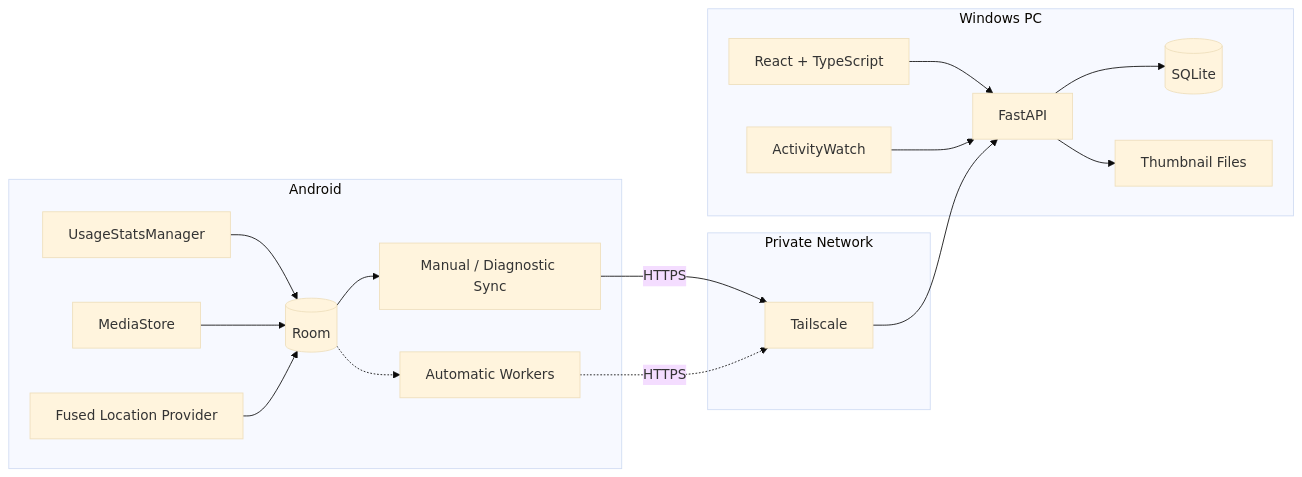
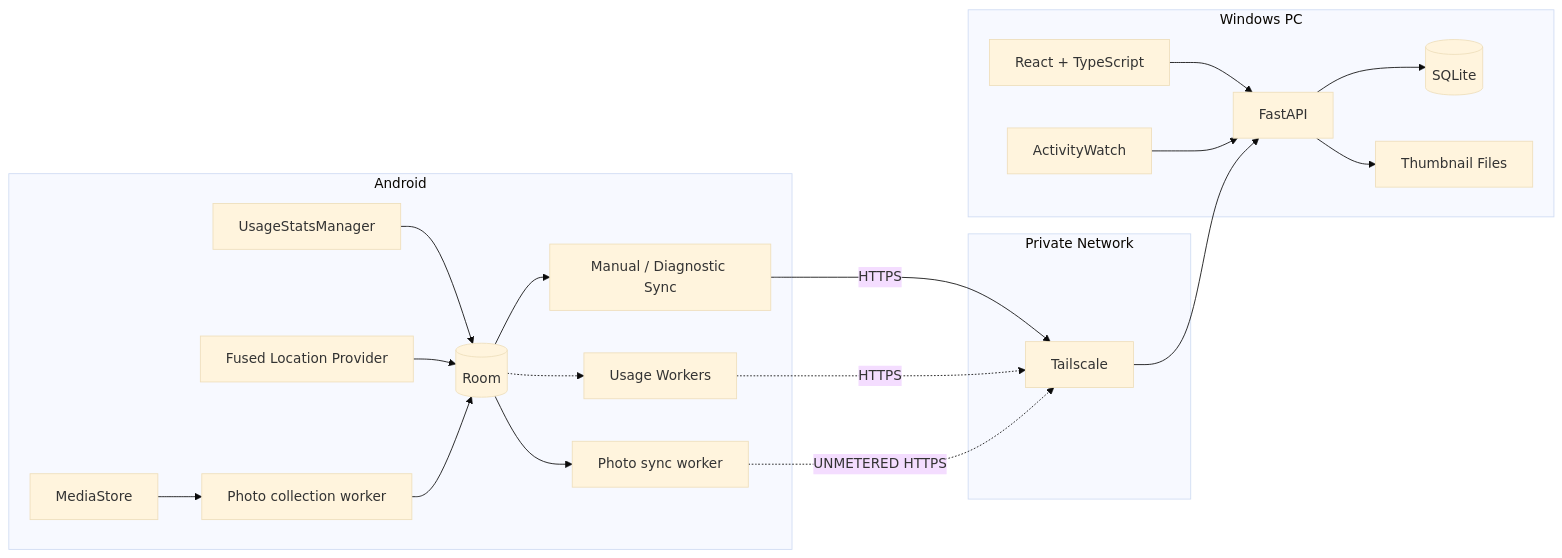
One commit to Megane14916/life-timeline changed the first of 3 diagrams in docs/architecture.md. Above: the diagram before and after it, drawn with Mermaid (base theme). The commit also changed other lines of this file, not shown here.

Commit message:
docs: describe photo workers and data storage

````diff
--- a/docs/architecture.md
+++ b/docs/architecture.md
@@ -11,38 +11,43 @@
 ```mermaid
 flowchart LR
     subgraph Android["Android"]
         US[UsageStatsManager]
         MS[MediaStore]
         LOC[Fused Location Provider]
         ROOM[(Room)]
         MSYNC[Manual / Diagnostic Sync]
-        WM[Automatic Workers]
+        WM[Usage Workers]
+        PHOTO[Photo collection worker]
+        PSYNC[Photo sync worker]
 
         US --> ROOM
-        MS --> ROOM
         LOC --> ROOM
+        MS --> PHOTO
+        PHOTO --> ROOM
         ROOM --> MSYNC
         ROOM -.-> WM
+        ROOM --> PSYNC
     end
 
     subgraph Network["Private Network"]
         TS[Tailscale]
     end
 
     subgraph Windows["Windows PC"]
         API[FastAPI]
         DB[(SQLite)]
         FS[Thumbnail Files]
         WEB[React + TypeScript]
         AW[ActivityWatch]
 
         API --> DB
         API --> FS
         WEB --> API
         AW --> API
     end
 
     MSYNC -->|HTTPS| TS
     WM -.->|HTTPS| TS
+    PSYNC -.->|UNMETERED HTTPS| TS
     TS --> API
 ```
````
